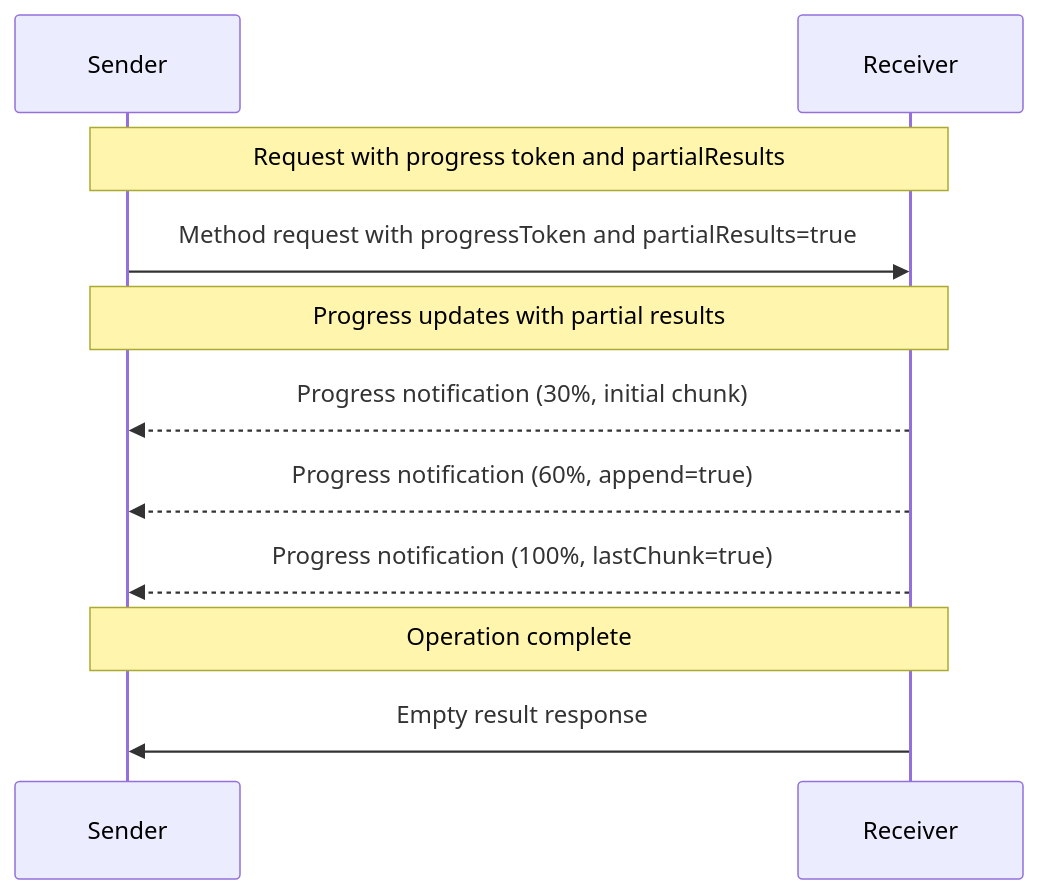
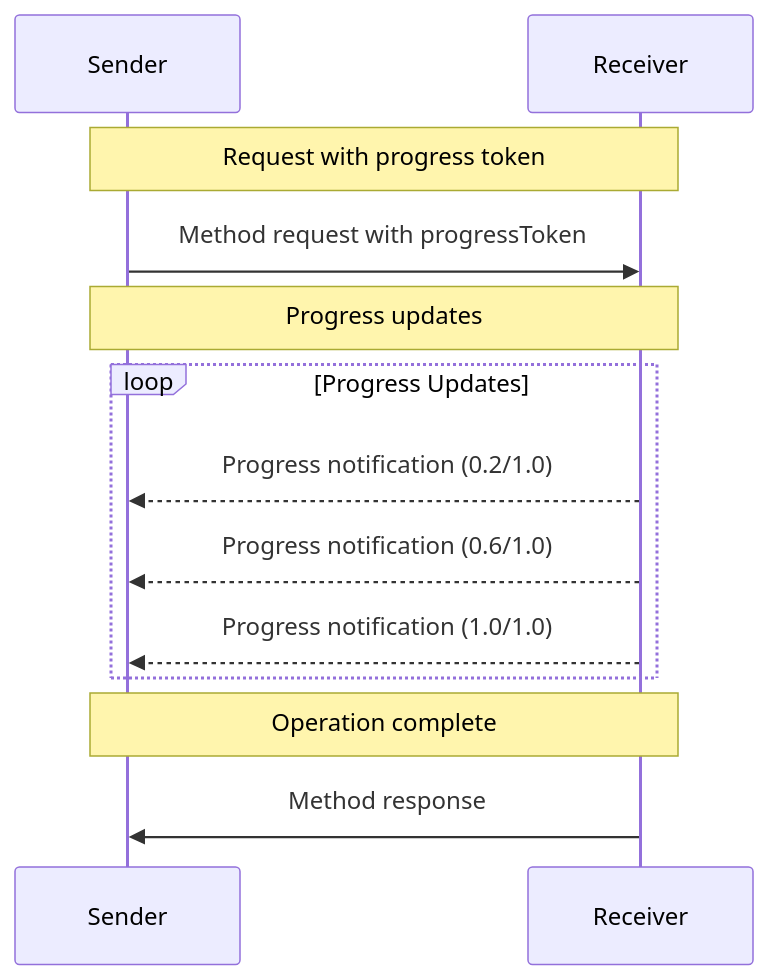
Before and after one commit to modelcontextprotocol/specification: the diagram in docs/specification/2025-03-26/basic/utilities/progress.mdx, drawn with Mermaid. The commit also changed other lines of this file and 7 other files, not shown here.

````diff
--- a/docs/specification/2025-03-26/basic/utilities/progress.mdx
+++ b/docs/specification/2025-03-26/basic/utilities/progress.mdx
@@ -175,16 +70,18 @@
 ```mermaid
 sequenceDiagram
     participant Sender
     participant Receiver
 
-    Note over Sender,Receiver: Request with progress token and partialResults
-    Sender->>Receiver: Method request with progressToken and partialResults=true
+    Note over Sender,Receiver: Request with progress token
+    Sender->>Receiver: Method request with progressToken
 
-    Note over Sender,Receiver: Progress updates with partial results
-    Receiver-->>Sender: Progress notification (30%, initial chunk)
-    Receiver-->>Sender: Progress notification (60%, append=true)
-    Receiver-->>Sender: Progress notification (100%, lastChunk=true)
+    Note over Sender,Receiver: Progress updates
+    loop Progress Updates
+        Receiver-->>Sender: Progress notification (0.2/1.0)
+        Receiver-->>Sender: Progress notification (0.6/1.0)
+        Receiver-->>Sender: Progress notification (1.0/1.0)
+    end
 
     Note over Sender,Receiver: Operation complete
-    Receiver->>Sender: Empty result response
+    Receiver->>Sender: Method response
 ```
````
